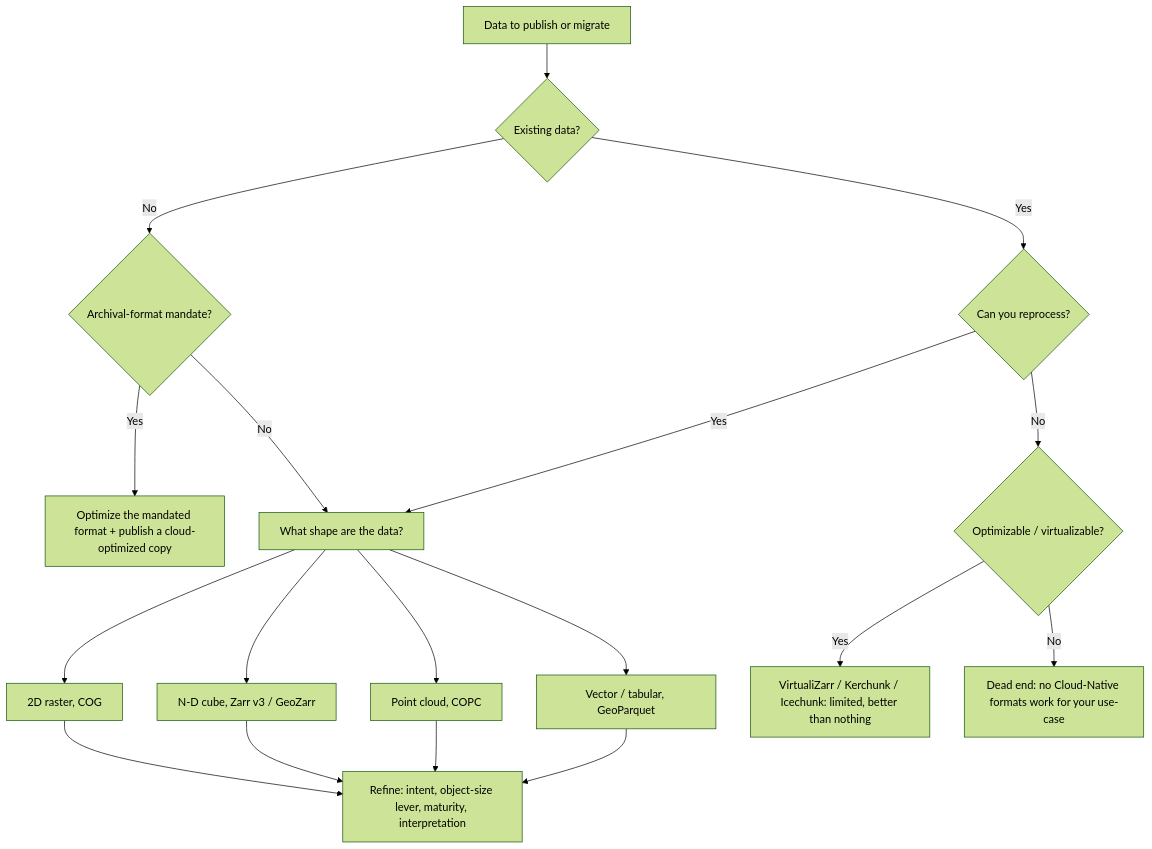
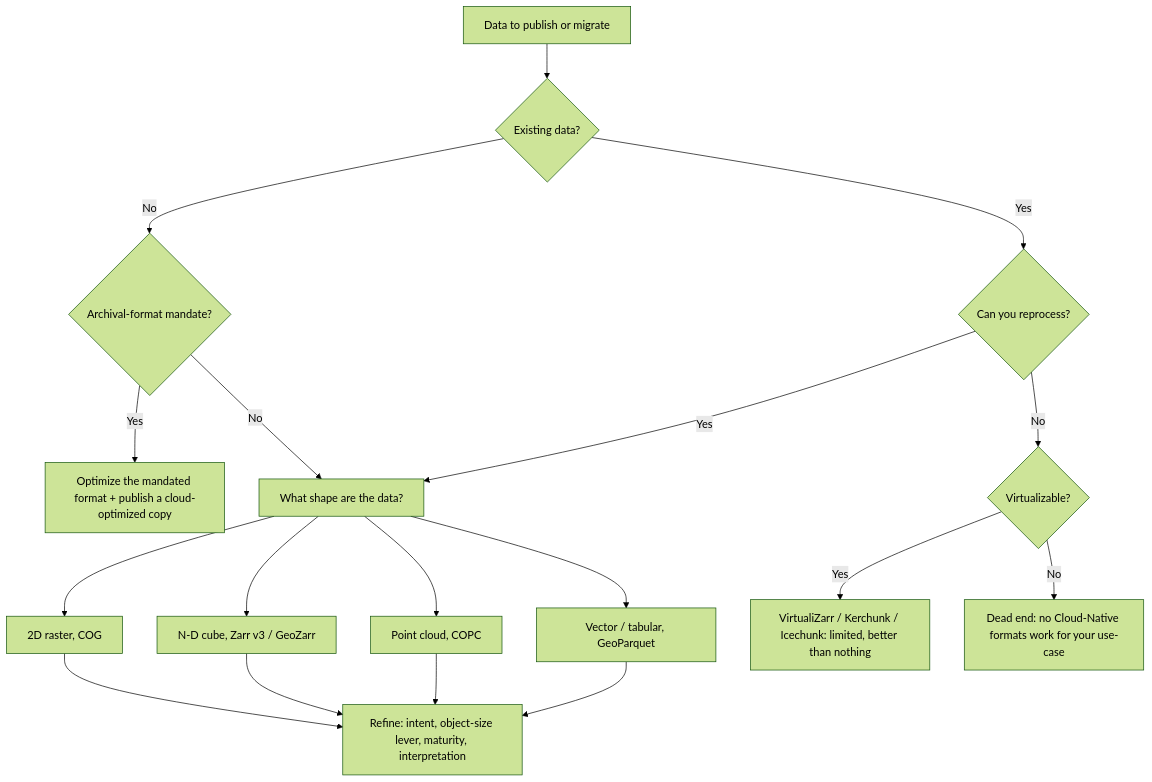
The diagram in decision-framework/index.qmd (cloudnativegeo/cloud-optimized-geospatial-formats-guide), drawn with Mermaid (forest theme) before and after one commit. The commit also changed other lines of this file, not shown here.

````diff
--- a/decision-framework/index.qmd
+++ b/decision-framework/index.qmd
@@ -83,20 +83,20 @@
 ```{mermaid}
 flowchart TD
     A[Data to publish or migrate] --> B{Existing data?}
     B -- No --> C{Archival-format mandate?}
     C -- Yes --> C1[Optimize the mandated format + publish a cloud-optimized copy]
     C -- No --> T[What shape are the data?]
     B -- Yes --> D{Can you reprocess?}
     D -- Yes --> T[What shape are the data?]
-    D -- No --> E{Optimizable / virtualizable?}
+    D -- No --> E{Virtualizable?}
     E -- Yes --> E1[VirtualiZarr / Kerchunk / Icechunk: limited, better than nothing]
     E -- No --> E2[Dead end: no Cloud-Native formats work for your use-case]
     T --> T1[2D raster, COG]
     T --> T2[N-D cube, Zarr v3 / GeoZarr]
     T --> T3[Point cloud, COPC]
     T --> T4[Vector / tabular, GeoParquet]
     T1 --> R[Refine: intent, object-size lever, maturity, interpretation]
     T2 --> R
     T3 --> R
     T4 --> R
 ```
````
